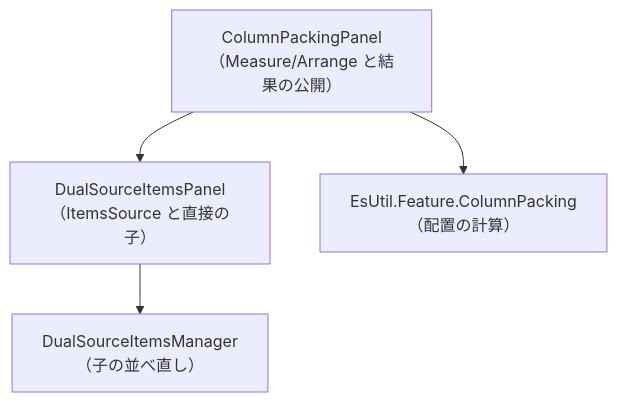
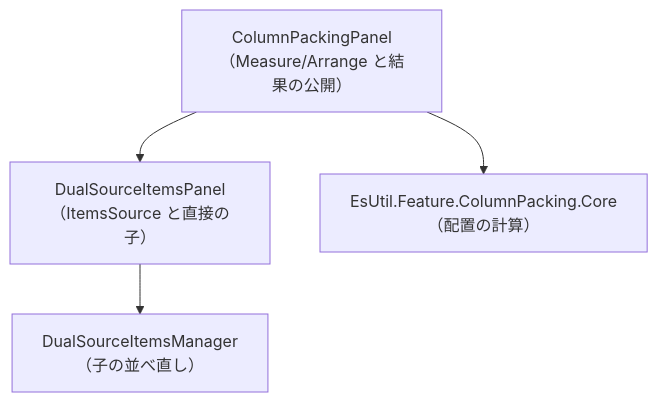
Before and after one commit to tomokuni/EsUtil: the first of 2 diagrams in EsUtil.Ui.WinUI3/ColumnPacking/docs/SPEC_System.md, drawn with Mermaid. The commit also changed other lines of this file and 103 other files, not shown here.

````diff
--- a/EsUtil.Ui.WinUI3/ColumnPacking/docs/SPEC_System.md
+++ b/EsUtil.Ui.WinUI3/ColumnPacking/docs/SPEC_System.md
@@ -39,10 +39,10 @@
 ```mermaid
 flowchart TB
     PANEL["ColumnPackingPanel<br/>（Measure/Arrange と結果の公開）"]
     BASE["DualSourceItemsPanel<br/>（ItemsSource と直接の子）"]
     MGR["DualSourceItemsManager<br/>（子の並べ直し）"]
-    ENGINE["EsUtil.Feature.ColumnPacking<br/>（配置の計算）"]
+    ENGINE["EsUtil.Feature.ColumnPacking.Core<br/>（配置の計算）"]
     PANEL --> BASE
     BASE --> MGR
     PANEL --> ENGINE
 ```
````
